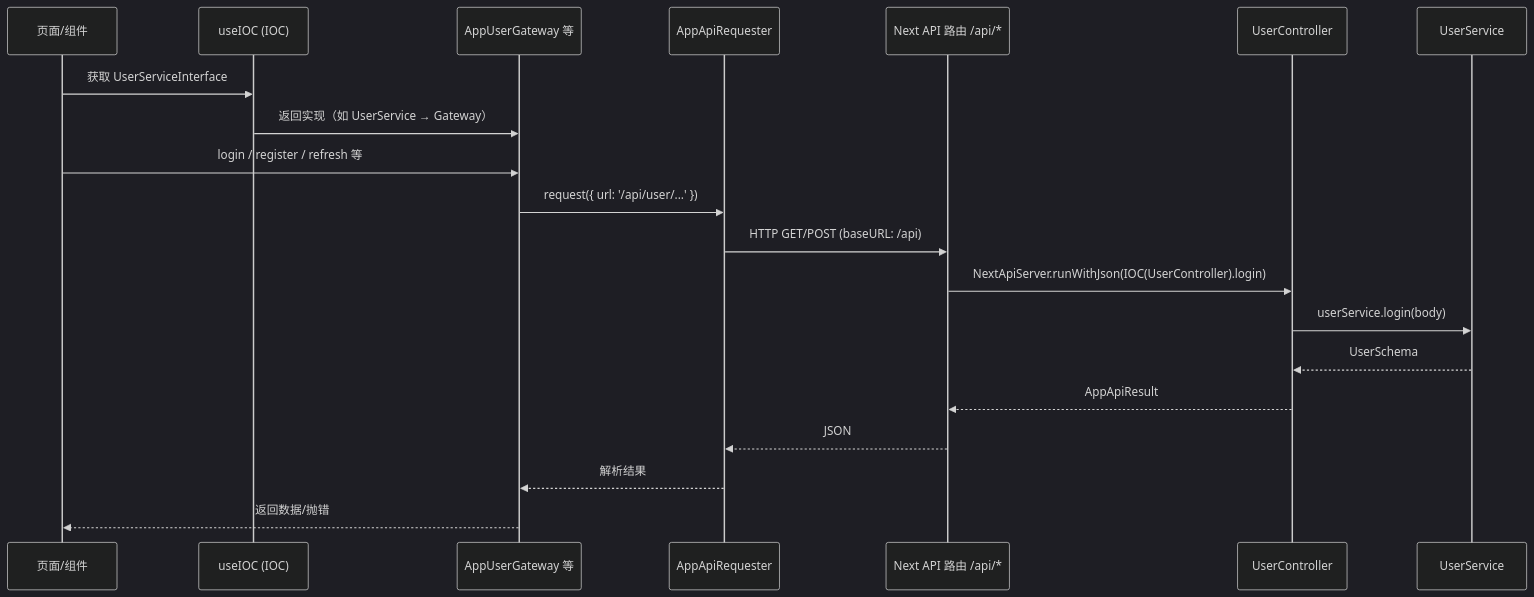
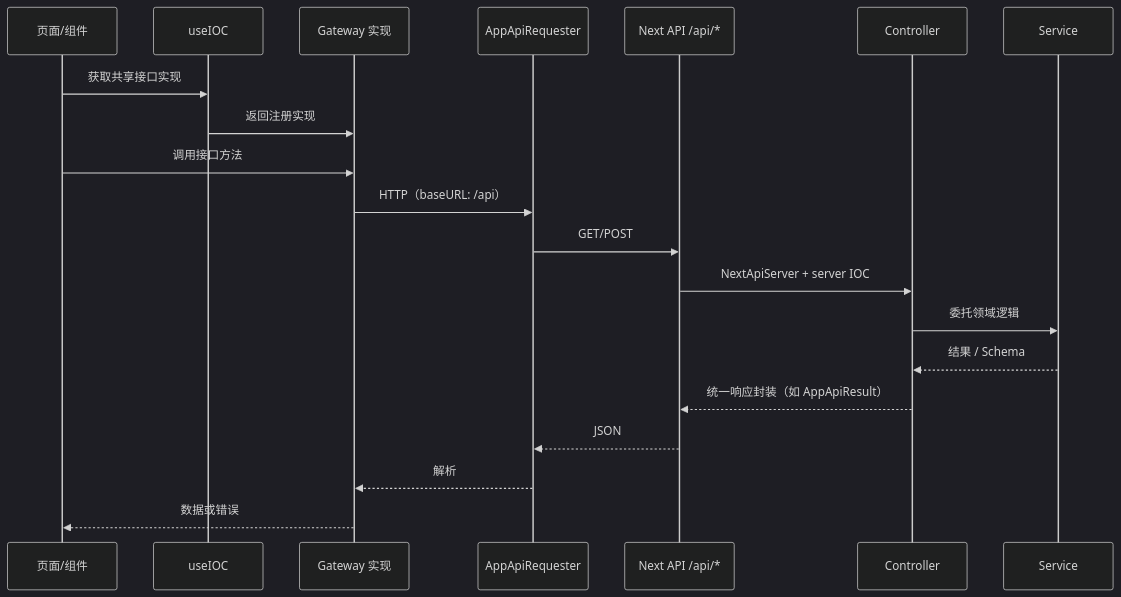
The second of 3 diagrams in examples/next-seed/README.md (qlover/fe-base), drawn with Mermaid (dark theme) before and after one commit. The commit also changed other lines of this file and 47 other files, not shown here.

````diff
--- a/examples/next-seed/README.md
+++ b/examples/next-seed/README.md
@@ -119,23 +136,23 @@
 ```mermaid
 sequenceDiagram
   participant Page as 页面/组件
-  participant useIOC as useIOC (IOC)
-  participant Gateway as AppUserGateway 等
+  participant useIOC as useIOC
+  participant Gateway as Gateway 实现
   participant Requester as AppApiRequester
-  participant API as Next API 路由 /api/*
-  participant Controller as UserController
-  participant Service as UserService
+  participant API as Next API /api/*
+  participant Controller as Controller
+  participant Service as Service
 
-  Page->>useIOC: 获取 UserServiceInterface
-  useIOC->>Gateway: 返回实现（如 UserService → Gateway）
-  Page->>Gateway: login / register / refresh 等
-  Gateway->>Requester: request({ url: '/api/user/...' })
-  Requester->>API: HTTP GET/POST (baseURL: /api)
-  API->>Controller: NextApiServer.runWithJson(IOC(UserController).login)
-  Controller->>Service: userService.login(body)
-  Service-->>Controller: UserSchema
-  Controller-->>API: AppApiResult
+  Page->>useIOC: 获取共享接口实现
+  useIOC->>Gateway: 返回注册实现
+  Page->>Gateway: 调用接口方法
+  Gateway->>Requester: HTTP（baseURL: /api）
+  Requester->>API: GET/POST
+  API->>Controller: NextApiServer + server IOC
+  Controller->>Service: 委托领域逻辑
+  Service-->>Controller: 结果 / Schema
+  Controller-->>API: 统一响应封装（如 AppApiResult）
   API-->>Requester: JSON
-  Requester-->>Gateway: 解析结果
-  Gateway-->>Page: 返回数据/抛错
+  Requester-->>Gateway: 解析
+  Gateway-->>Page: 数据或错误
 ```
````
